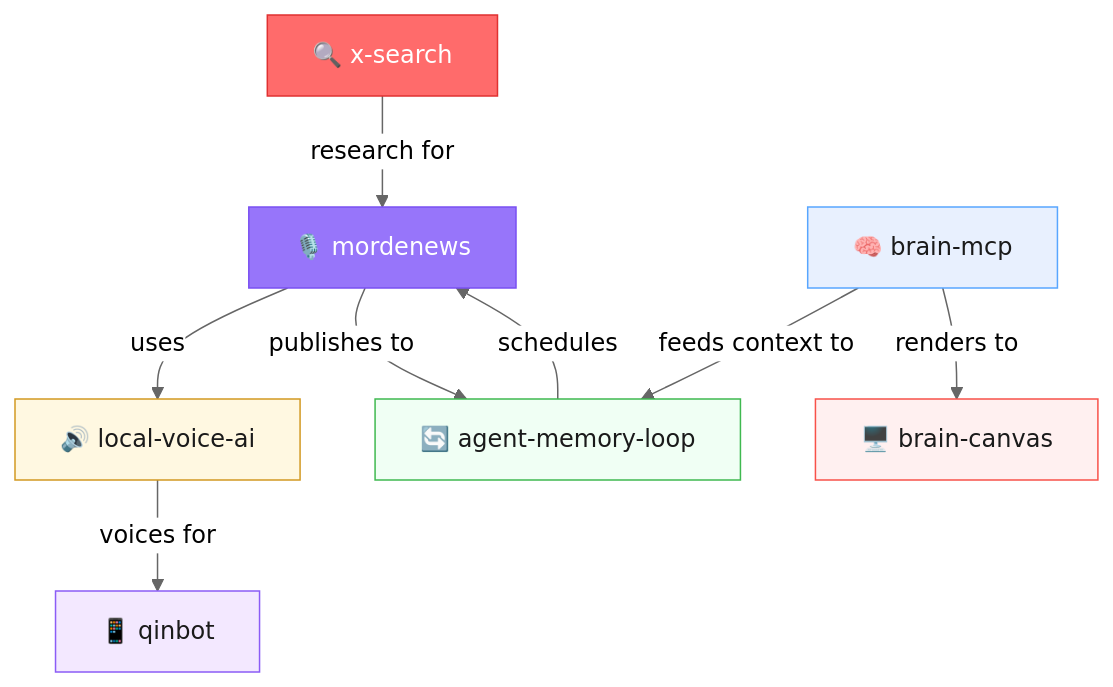
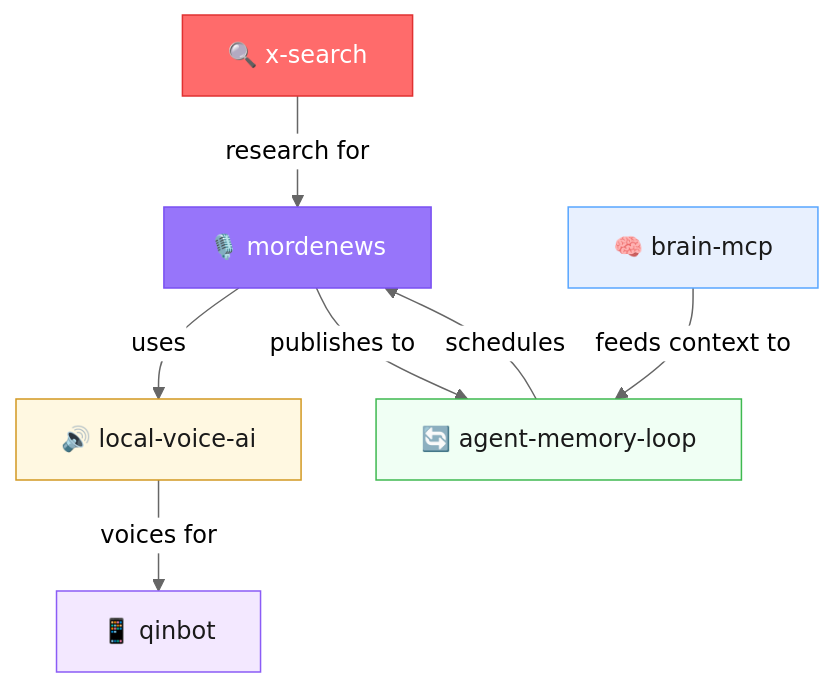
The second of 2 diagrams in README.md (mordechaipotash/mordenews), drawn with Mermaid (neutral theme) before and after one commit. The commit also changed other lines of this file, not shown here.

Commit message:
cleanup: remove brain-canvas references

````diff
--- a/README.md
+++ b/README.md
@@ -248,18 +248,16 @@
 ```mermaid
 graph TD
     MN[🎙️ mordenews] -->|uses| LV[🔊 local-voice-ai]
     MN -->|publishes to| AML[🔄 agent-memory-loop]
     BM[🧠 brain-mcp] -->|feeds context to| AML
     AML -->|schedules| MN
     XS[🔍 x-search] -->|research for| MN
     LV -->|voices for| QB[📱 qinbot]
-    BM -->|renders to| BC[🖥️ brain-canvas]
 
     style MN fill:#9775fa,stroke:#7950f2,color:#fff
     style BM fill:#e8f0fe,stroke:#58a6ff,color:#1a1a1a
     style LV fill:#fff8e1,stroke:#d29922,color:#1a1a1a
     style AML fill:#f0fff4,stroke:#3fb950,color:#1a1a1a
     style XS fill:#ff6b6b,stroke:#e03131,color:#fff
     style QB fill:#f3e8ff,stroke:#8b5cf6,color:#1a1a1a
-    style BC fill:#fff0f0,stroke:#f85149,color:#1a1a1a
 ```
````
